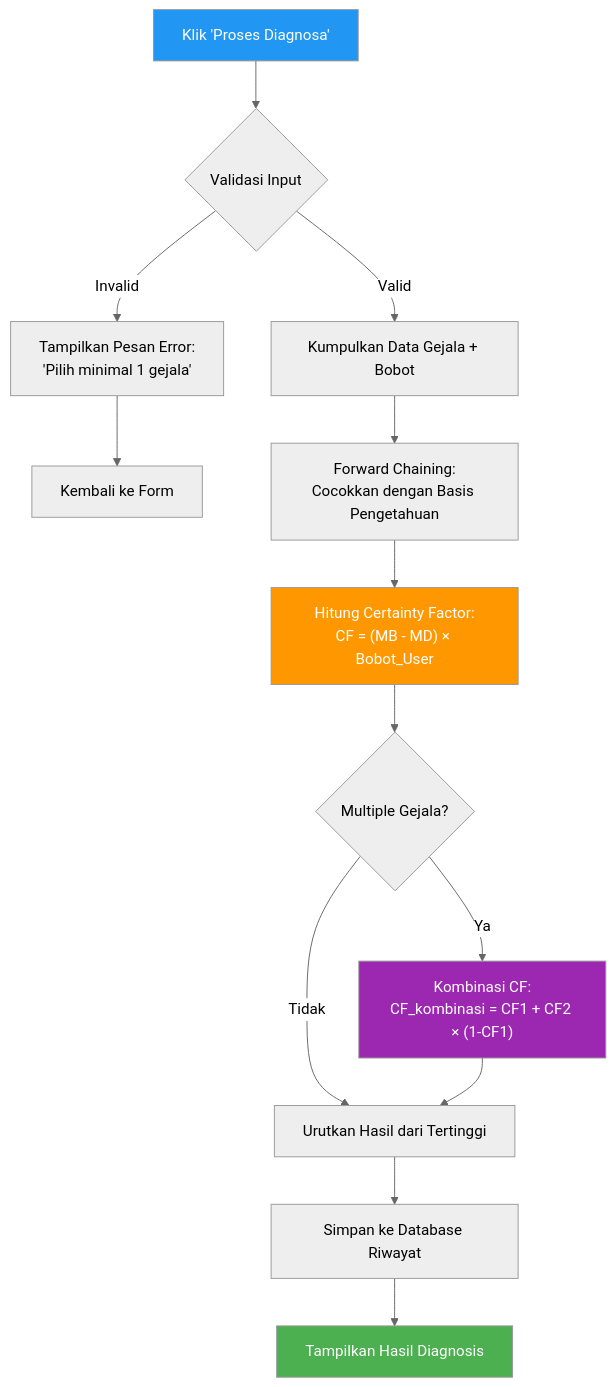
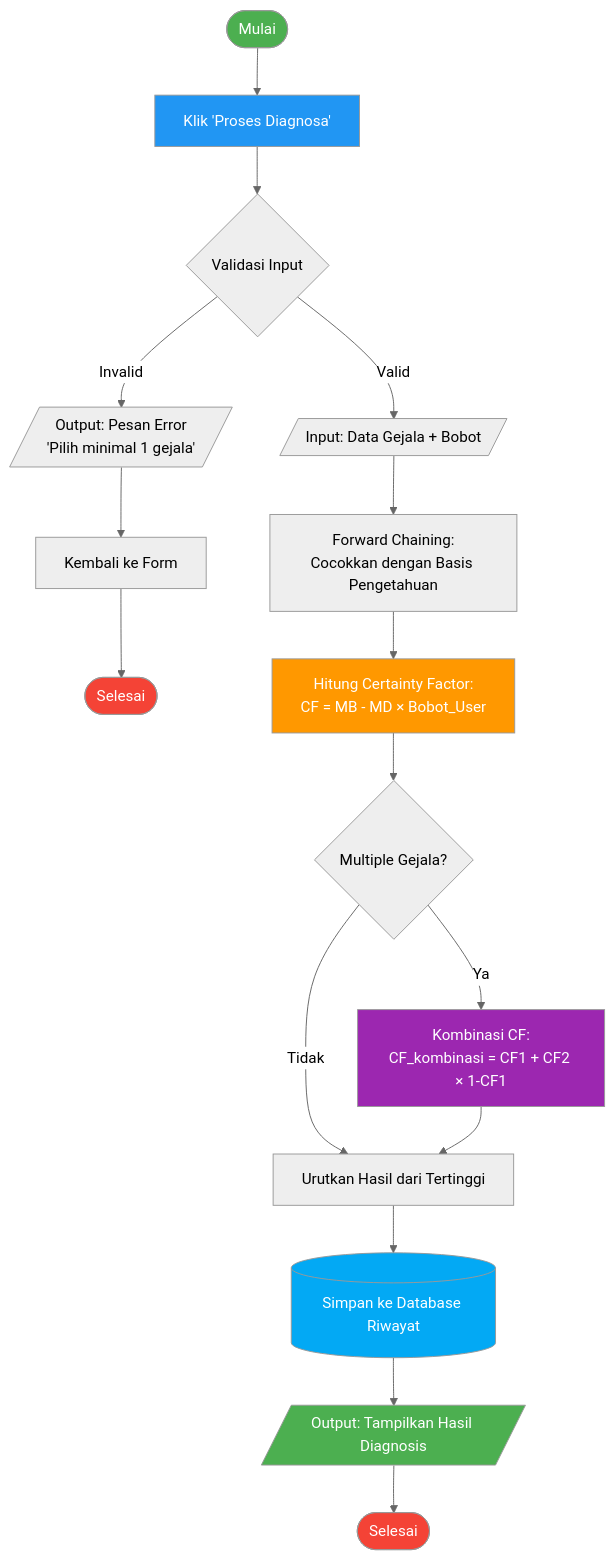
Before and after one commit to GalangPutraMaulana19/DigNet-BUG: the seventh of 11 diagrams in docs/USER_MANUAL.md, drawn with Mermaid (neutral theme). The commit also changed other lines of this file, not shown here.

Commit message:
Fix flowchart symbols to use standard shapes (parallelogram for I/O, stadium for terminator, etc.)

````diff
--- a/docs/USER_MANUAL.md
+++ b/docs/USER_MANUAL.md
@@ -294,28 +311,35 @@
 ```mermaid
 flowchart TD
-    Submit["Klik 'Proses Diagnosa'"] --> Validate{Validasi Input}
+    Start([Mulai]) --> Submit[Klik 'Proses Diagnosa']
+    Submit --> Validate{Validasi Input}
     
-    Validate -->|Invalid| Error["Tampilkan Pesan Error:<br/>'Pilih minimal 1 gejala'"]
+    Validate -->|Invalid| Error[/Output: Pesan Error<br/>'Pilih minimal 1 gejala'/]
     Error --> Retry[Kembali ke Form]
+    Retry --> EndError([Selesai])
     
-    Validate -->|Valid| Collect[Kumpulkan Data Gejala + Bobot]
+    Validate -->|Valid| Collect[/Input: Data Gejala + Bobot/]
     
-    Collect --> ForwardChain["Forward Chaining:<br/>Cocokkan dengan Basis Pengetahuan"]
+    Collect --> ForwardChain[Forward Chaining:<br/>Cocokkan dengan Basis Pengetahuan]
     
-    ForwardChain --> CalcCF["Hitung Certainty Factor:<br/>CF = (MB - MD) × Bobot_User"]
+    ForwardChain --> CalcCF[Hitung Certainty Factor:<br/>CF = MB - MD × Bobot_User]
     
     CalcCF --> Combine{Multiple Gejala?}
     
-    Combine -->|Ya| CombineCF["Kombinasi CF:<br/>CF_kombinasi = CF1 + CF2 × (1-CF1)"]
+    Combine -->|Ya| CombineCF[Kombinasi CF:<br/>CF_kombinasi = CF1 + CF2 × 1-CF1]
     Combine -->|Tidak| Sort
     
     CombineCF --> Sort[Urutkan Hasil dari Tertinggi]
     
-    Sort --> Save[Simpan ke Database Riwayat]
-    Save --> Display[Tampilkan Hasil Diagnosis]
+    Sort --> Save[(Simpan ke Database Riwayat)]
+    Save --> Display[/Output: Tampilkan Hasil Diagnosis/]
+    Display --> End([Selesai])
     
+    style Start fill:#4caf50,color:#fff
+    style End fill:#f44336,color:#fff
+    style EndError fill:#f44336,color:#fff
     style Submit fill:#2196f3,color:#fff
     style CalcCF fill:#ff9800,color:#fff
     style CombineCF fill:#9c27b0,color:#fff
     style Display fill:#4caf50,color:#fff
+    style Save fill:#03a9f4,color:#fff
 ```
````
